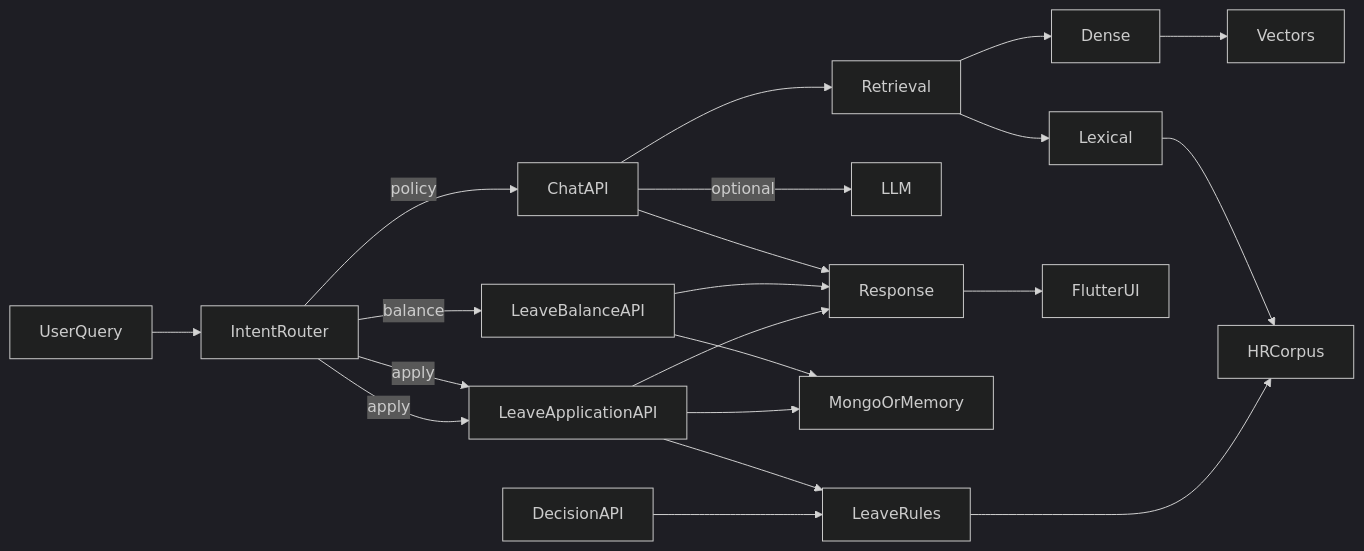
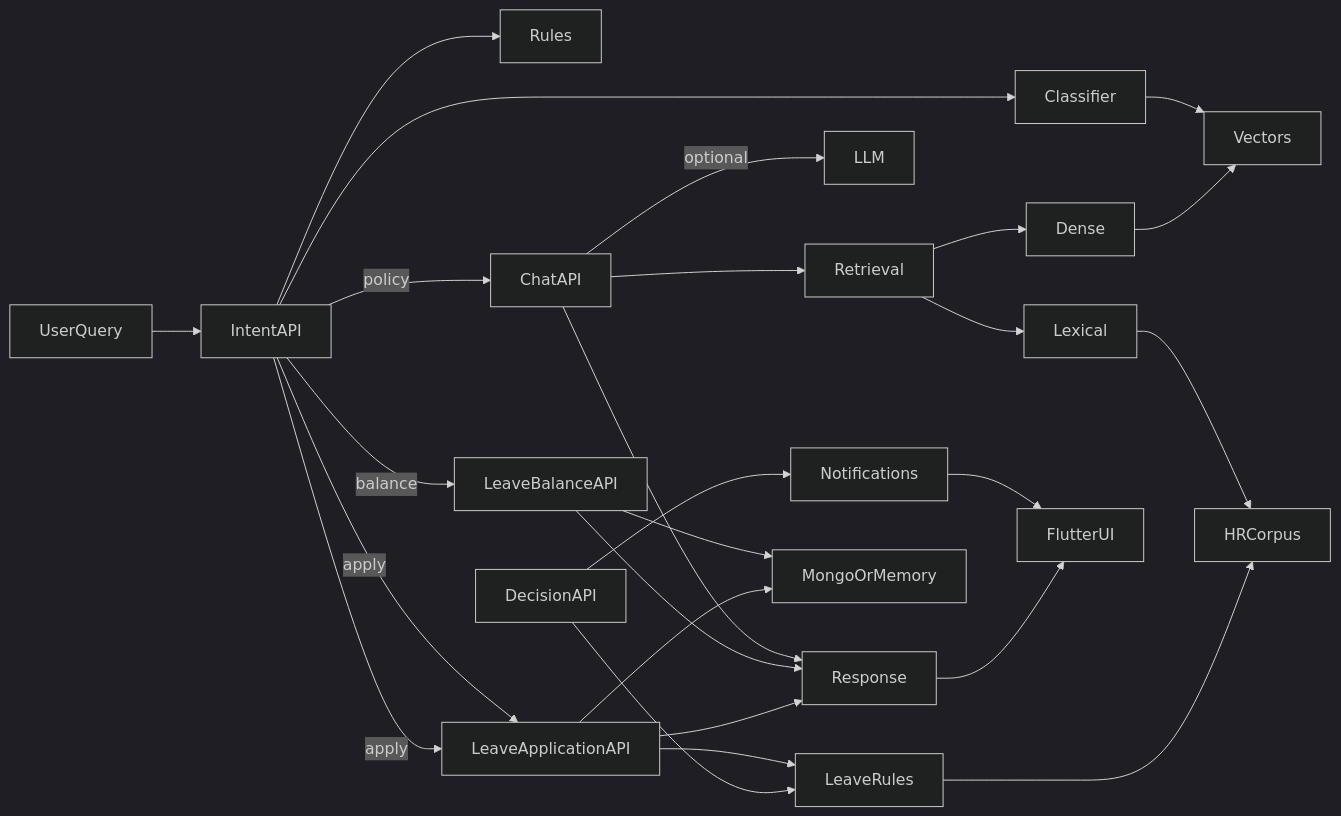
One commit to Adityansh-Chand/ADAAS changed the diagram in README.md. Above: the diagram before and after it, drawn with Mermaid (dark theme). The commit also changed other lines of this file and 22 other files, not shown here.

````diff
--- a/README.md
+++ b/README.md
@@ -199,23 +218,28 @@
 ```mermaid
 flowchart LR
-  UserQuery --> IntentRouter
-  IntentRouter -->|balance| LeaveBalanceAPI
-  IntentRouter -->|apply| LeaveApplicationAPI
-  IntentRouter -->|policy| ChatAPI
+  UserQuery --> IntentAPI
+  IntentAPI --> Classifier
+  IntentAPI --> Rules
+  Classifier --> Vectors
+  IntentAPI -->|balance| LeaveBalanceAPI
+  IntentAPI -->|apply| LeaveApplicationAPI
+  IntentAPI -->|policy| ChatAPI
   ChatAPI --> Retrieval
   Retrieval --> Lexical
   Retrieval --> Dense
   Lexical --> HRCorpus
   Dense --> Vectors
   ChatAPI -->|optional| LLM
   LeaveApplicationAPI --> LeaveRules
   LeaveRules --> HRCorpus
   DecisionAPI --> LeaveRules
-  IntentRouter -->|apply| LeaveApplicationAPI
+  DecisionAPI --> Notifications
+  Notifications --> FlutterUI
+  IntentAPI -->|apply| LeaveApplicationAPI
   LeaveBalanceAPI --> MongoOrMemory
   LeaveApplicationAPI --> MongoOrMemory
   Response --> FlutterUI
   ChatAPI --> Response
   LeaveBalanceAPI --> Response
   LeaveApplicationAPI --> Response
 ```
````
